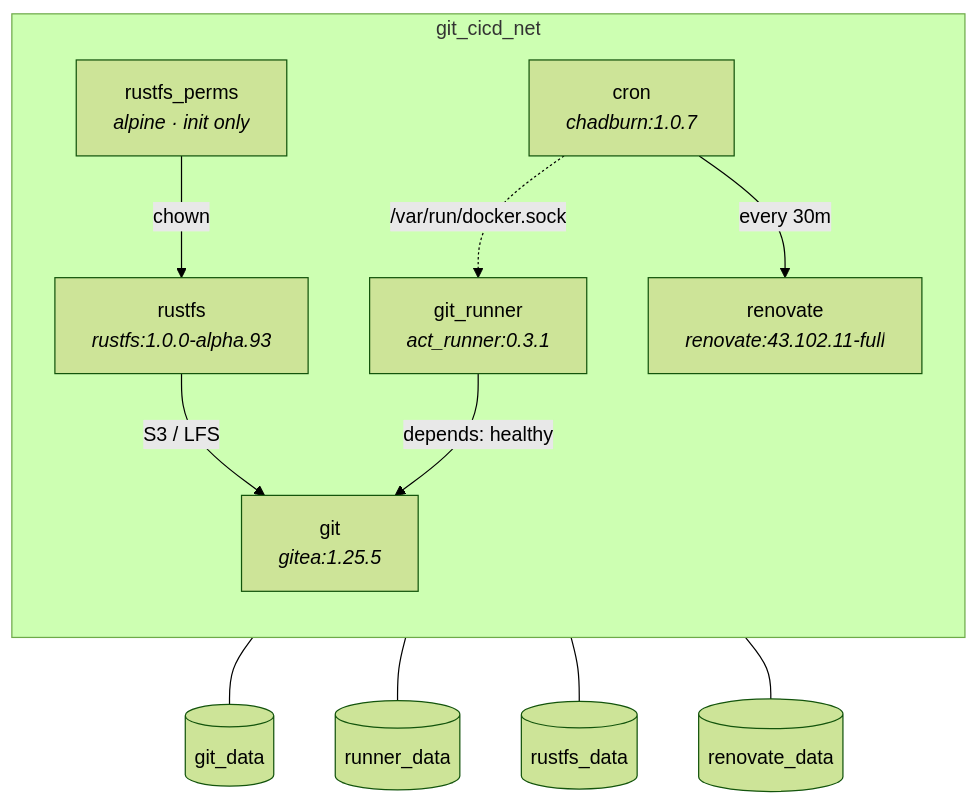
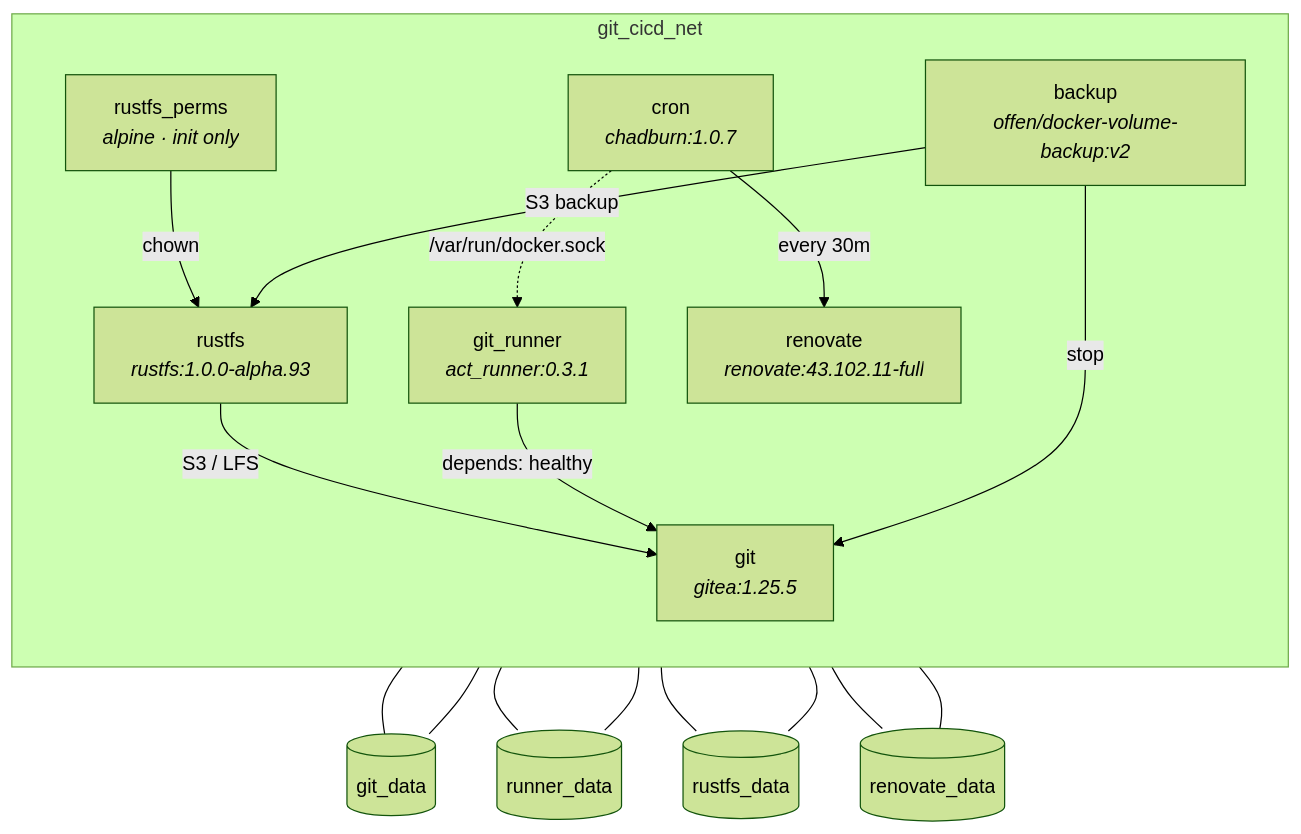
The diagram in gitea/README.md (joaodubas/labs), drawn with Mermaid (forest theme) before and after one commit. The commit also changed other lines of this file and 1 other file, not shown here.

First line of the commit message:
wip: add backup solution

````diff
--- a/gitea/README.md
+++ b/gitea/README.md
@@ -7,28 +7,35 @@
 ```mermaid
 graph TB
     subgraph git_cicd_net
         direction TB
         rustfs_perms["rustfs_perms<br/><i>alpine · init only</i>"]
         rustfs["rustfs<br/><i>rustfs:1.0.0-alpha.93</i>"]
         git["git<br/><i>gitea:1.25.5</i>"]
         git_runner["git_runner<br/><i>act_runner:0.3.1</i>"]
         cron["cron<br/><i>chadburn:1.0.7</i>"]
         renovate["renovate<br/><i>renovate:43.102.11-full</i>"]
+        backup["backup<br/><i>offen/docker-volume-backup:v2</i>"]
     end
 
     vol_git[("git_data")]
     vol_runner[("runner_data")]
     vol_rustfs[("rustfs_data")]
     vol_renovate[("renovate_data")]
 
     git --- vol_git
     git_runner --- vol_runner
     rustfs --- vol_rustfs
     renovate --- vol_renovate
 
     rustfs_perms -->|chown| rustfs
     rustfs -->|S3 / LFS| git
     git_runner -->|depends: healthy| git
     cron -->|every 30m| renovate
     cron -.->|/var/run/docker.sock| git_runner
+    backup -->|stop| git
+    backup -->|S3 backup| rustfs
+    backup --- vol_git
+    backup --- vol_runner
+    backup --- vol_rustfs
+    backup --- vol_renovate
 ```
````
